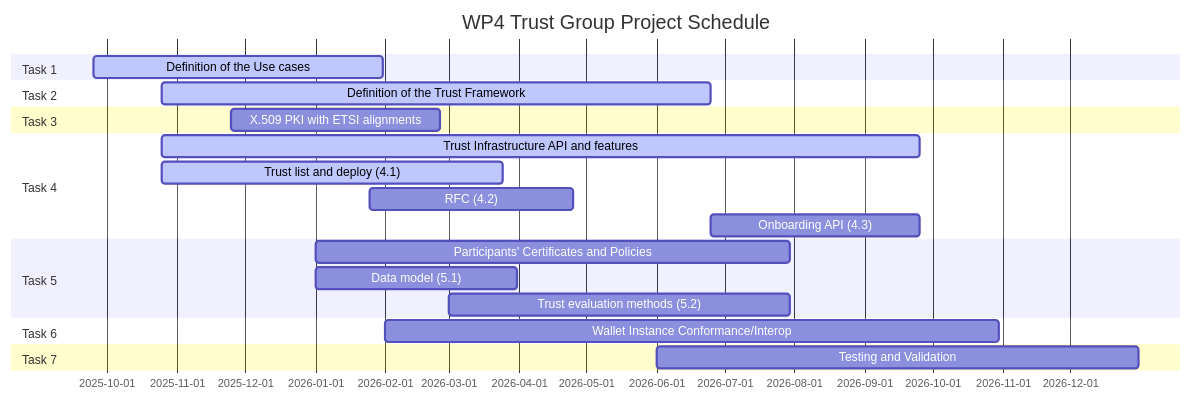
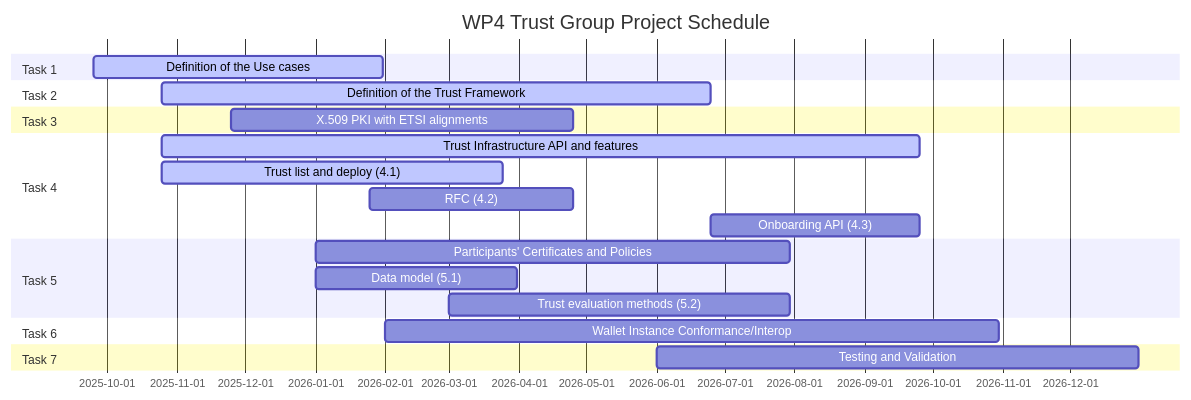
Before and after one commit to webuild-consortium/wp4-trust-group: the diagram in README.md, drawn with Mermaid.

Commit message:
Apply suggestions from code review

````diff
--- a/README.md
+++ b/README.md
@@ -35,24 +35,24 @@
 ```mermaid
 gantt
     title WP4 Trust Group Project Schedule
     dateFormat YYYY-MM-DD
     section Task 1
     Definition of the Use cases :active, task1, 2025-09-25, 2026-01-31
     section Task 2
     Definition of the Trust Framework      :active, task2, 2025-10-25, 2026-06-25
     section Task 3
-    X.509 PKI with ETSI alignments        :task3, 2025-11-25, 2026-02-25
+    X.509 PKI with ETSI alignments :task3, 2025-11-25, 2026-04-25
     section Task 4
     Trust Infrastructure API and features  :active, task4, 2025-10-25, 2026-09-25
     Trust list and deploy (4.1)            :active, task4_1, 2025-10-25, 2026-03-25
     RFC (4.2)                             :task4_2, 2026-01-25, 2026-04-25
     Onboarding API (4.3)                  :task4_3, 2026-06-25, 2026-09-25
     section Task 5
     Participants' Certificates and Policies :task5, 2026-01-01, 2026-07-30
     Data model (5.1)                      :task5_1, 2026-01-01, 2026-03-31
     Trust evaluation methods (5.2) :task5_2, 2026-03-01, 2026-07-30
     section Task 6
     Wallet Instance Conformance/Interop :task6, 2026-02-01, 2026-10-30
     section Task 7
     Testing and Validation :task7, 2026-06-01, 2026-12-31
 ```
````
